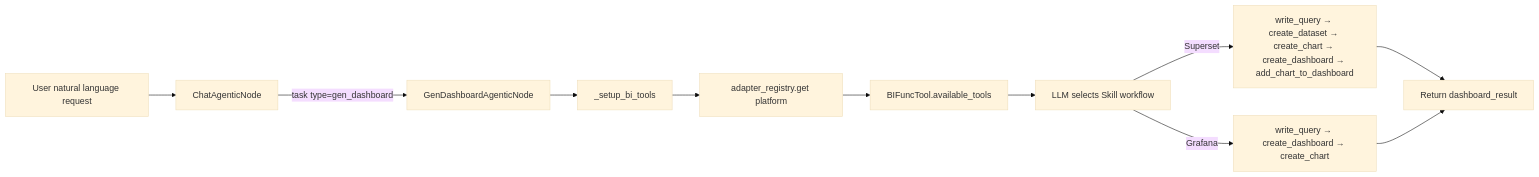
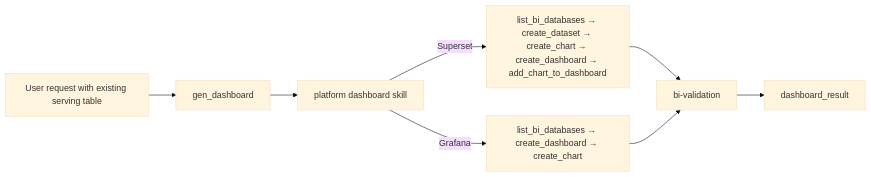
Before and after one commit to Datus-ai/Datus-agent: the diagram in docs/subagent/gen_dashboard.md, drawn with Mermaid (base theme). The commit also changed other lines of this file and 68 other files, not shown here.

````diff
--- a/docs/subagent/gen_dashboard.md
+++ b/docs/subagent/gen_dashboard.md
@@ -36,13 +42,10 @@
 ```mermaid
 graph LR
-    A[User natural language request] --> B[ChatAgenticNode]
-    B -->|task type=gen_dashboard| C[GenDashboardAgenticNode]
-    C --> D[_setup_bi_tools]
-    D --> E[adapter_registry.get platform]
-    E --> F[BIFuncTool.available_tools]
-    F --> G[LLM selects Skill workflow]
-    G -->|Superset| H[write_query → create_dataset → create_chart → create_dashboard → add_chart_to_dashboard]
-    G -->|Grafana| I[write_query → create_dashboard → create_chart]
-    H --> J[Return dashboard_result]
-    I --> J
+    A[User request with existing serving table] --> B[gen_dashboard]
+    B --> C[platform dashboard skill]
+    C -->|Superset| I[list_bi_databases → create_dataset → create_chart → create_dashboard → add_chart_to_dashboard]
+    C -->|Grafana| J[list_bi_databases → create_dashboard → create_chart]
+    I --> K[bi-validation]
+    J --> K
+    K --> L[dashboard_result]
 ```
````
